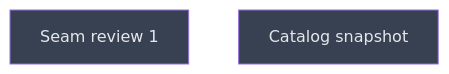
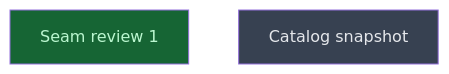
One commit to CrackingShells/Candler changed the diagram in __roadmap__/integrity/causes/checkpoint/README.md. Above: the diagram before and after it, drawn with Mermaid. The commit also changed other lines of this file and 1 other file, not shown here.

Commit message:
rdm(api): close seam review 1 and the catalog snapshot

````diff
--- a/__roadmap__/integrity/causes/checkpoint/README.md
+++ b/__roadmap__/integrity/causes/checkpoint/README.md
@@ -17,10 +17,10 @@
 ```mermaid
 graph TD
-    seam_review_one[Seam review 1]:::planned
+    seam_review_one[Seam review 1]:::done
     snapshot[Catalog snapshot]:::planned
     classDef done       fill:#166534,color:#bbf7d0
     classDef inprogress fill:#854d0e,color:#fef08a
     classDef planned    fill:#374151,color:#e5e7eb
     classDef amendment  fill:#1e3a5f,color:#bfdbfe
     classDef blocked    fill:#7f1d1d,color:#fecaca
 ```
````
